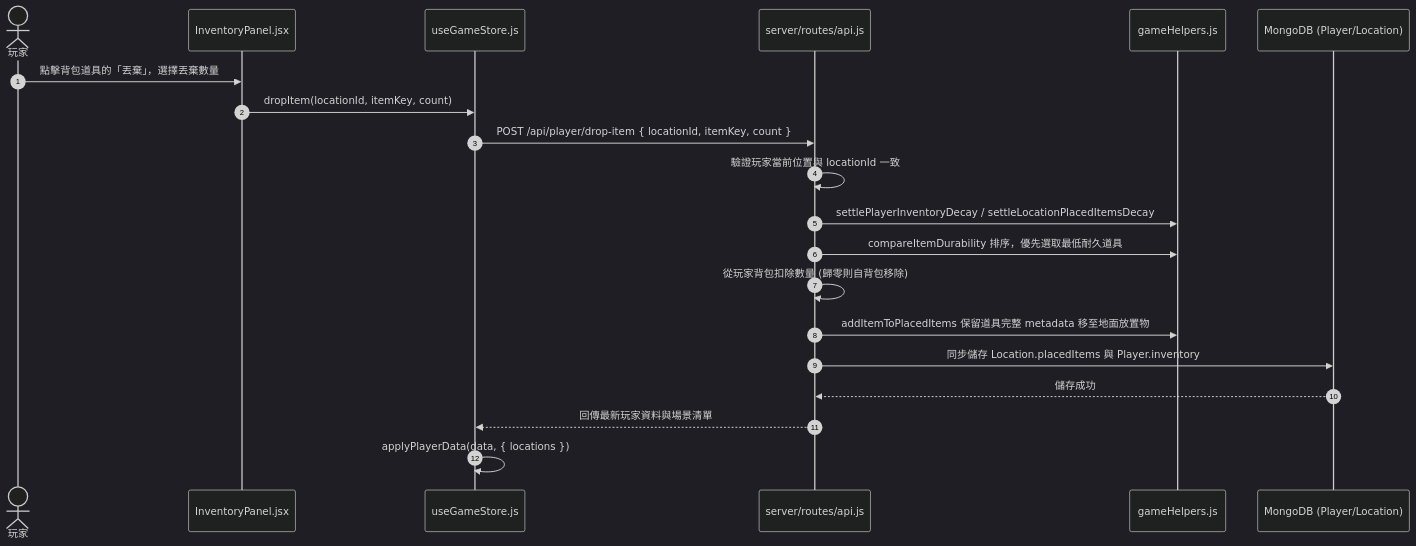
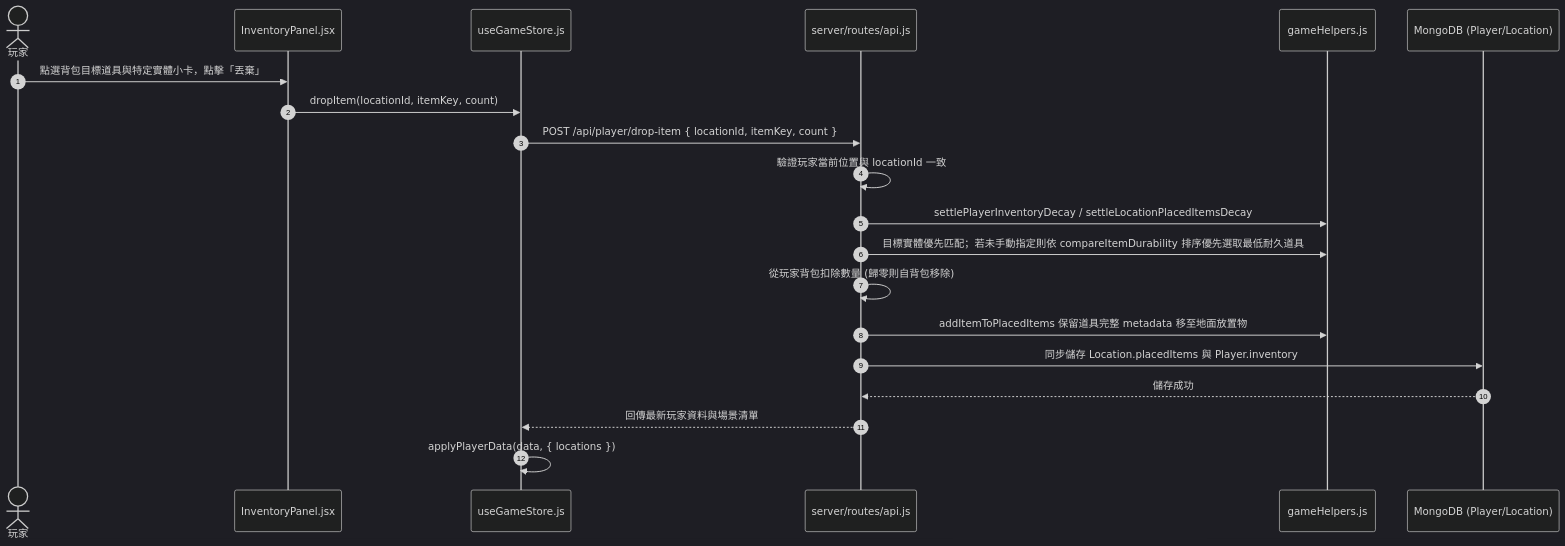
Before and after one commit to csiehsu/Aether-Immersion: diagram 12 of 16 in README.md, drawn with Mermaid (dark theme). The commit also changed other lines of this file and 21 other files, not shown here.

````diff
--- a/README.md
+++ b/README.md
@@ -673,23 +685,23 @@
 ```mermaid
 sequenceDiagram
     autonumber
     actor Player as 玩家
     participant View as InventoryPanel.jsx
     participant Store as useGameStore.js
     participant API as server/routes/api.js
     participant Helper as gameHelpers.js
     participant DB as MongoDB (Player/Location)
 
-    Player->>View: 點擊背包道具的「丟棄」，選擇丟棄數量
+    Player->>View: 點選背包目標道具與特定實體小卡，點擊「丟棄」
     View->>Store: dropItem(locationId, itemKey, count)
     Store->>API: POST /api/player/drop-item { locationId, itemKey, count }
     API->>API: 驗證玩家當前位置與 locationId 一致
     API->>Helper: settlePlayerInventoryDecay / settleLocationPlacedItemsDecay
-    API->>Helper: compareItemDurability 排序，優先選取最低耐久道具
+    API->>Helper: 目標實體優先匹配；若未手動指定則依 compareItemDurability 排序優先選取最低耐久道具
     API->>API: 從玩家背包扣除數量 (歸零則自背包移除)
     API->>Helper: addItemToPlacedItems 保留道具完整 metadata 移至地面放置物
     API->>DB: 同步儲存 Location.placedItems 與 Player.inventory
     DB-->>API: 儲存成功
     API-->>Store: 回傳最新玩家資料與場景清單
     Store->>Store: applyPlayerData(data, { locations })
 ```
````
